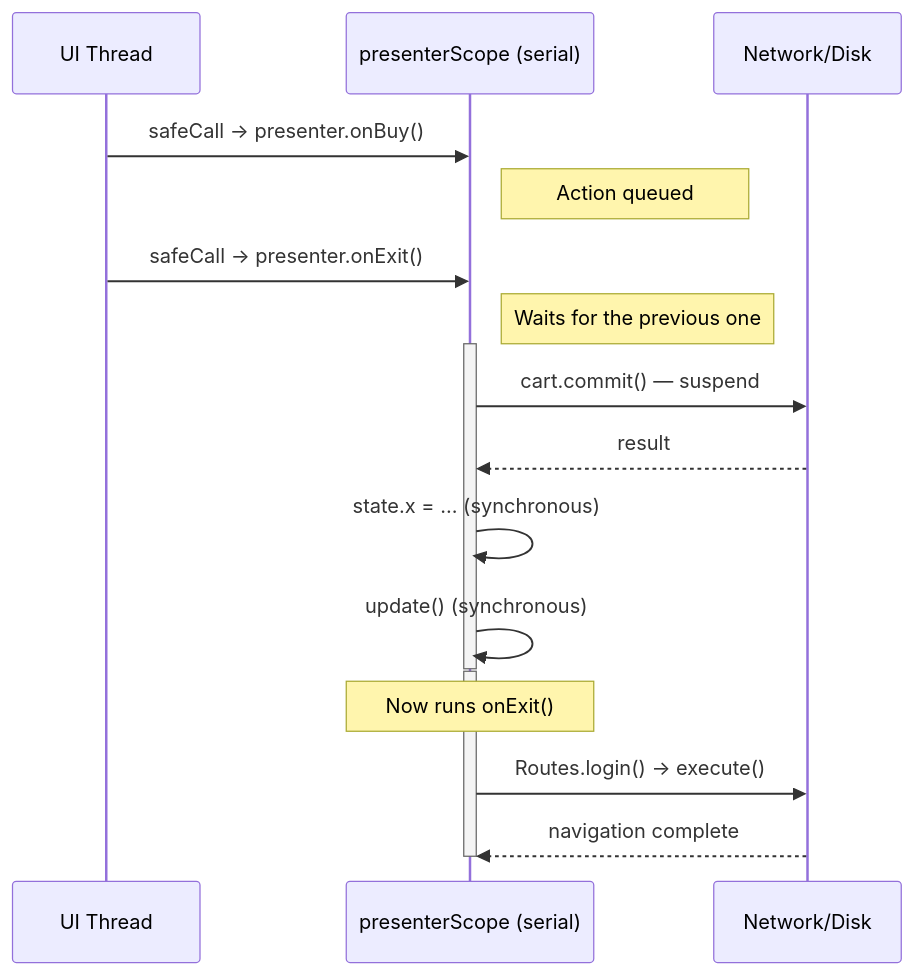
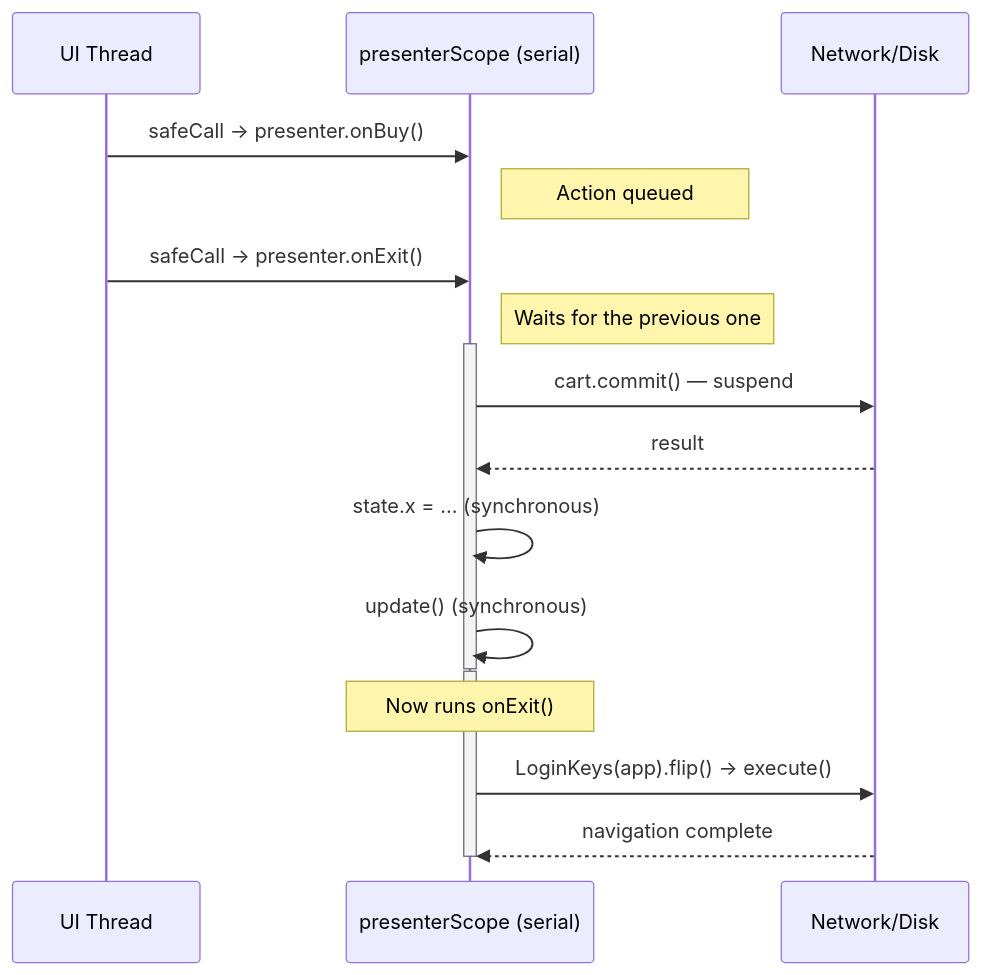
Before and after one commit to mrcdom/wdc-cube-kotlin: diagram 12 of 19 in docs/architecture-cube.md, drawn with Mermaid. The commit also changed other lines of this file and 27 other files, not shown here.

````diff
--- a/docs/architecture-cube.md
+++ b/docs/architecture-cube.md
@@ -662,25 +667,25 @@
 ```mermaid
 sequenceDiagram
     participant UI as UI Thread
     participant Q as presenterScope (serial)
     participant IO as Network/Disk
 
     UI->>Q: safeCall → presenter.onBuy()
     Note right of Q: Action queued
 
     UI->>Q: safeCall → presenter.onExit()
     Note right of Q: Waits for the previous one
 
     activate Q
     Q->>IO: cart.commit() — suspend
     IO-->>Q: result
     Q->>Q: state.x = ... (synchronous)
     Q->>Q: update() (synchronous)
     deactivate Q
 
     activate Q
     Note over Q: Now runs onExit()
-    Q->>IO: Routes.login() → execute()
+    Q->>IO: LoginKeys(app).flip() → execute()
     IO-->>Q: navigation complete
     deactivate Q
 ```
````
